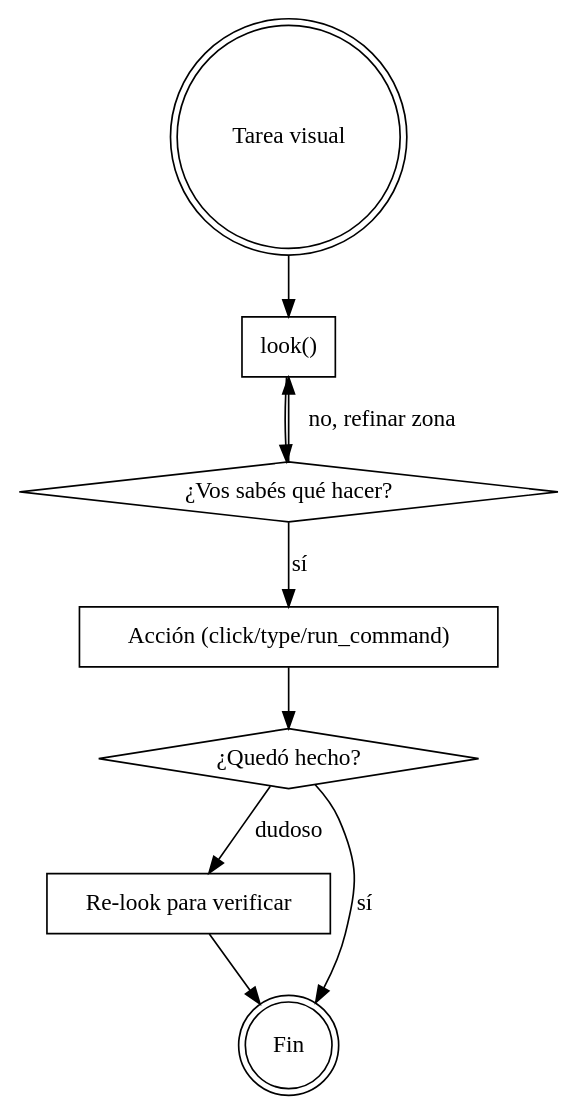
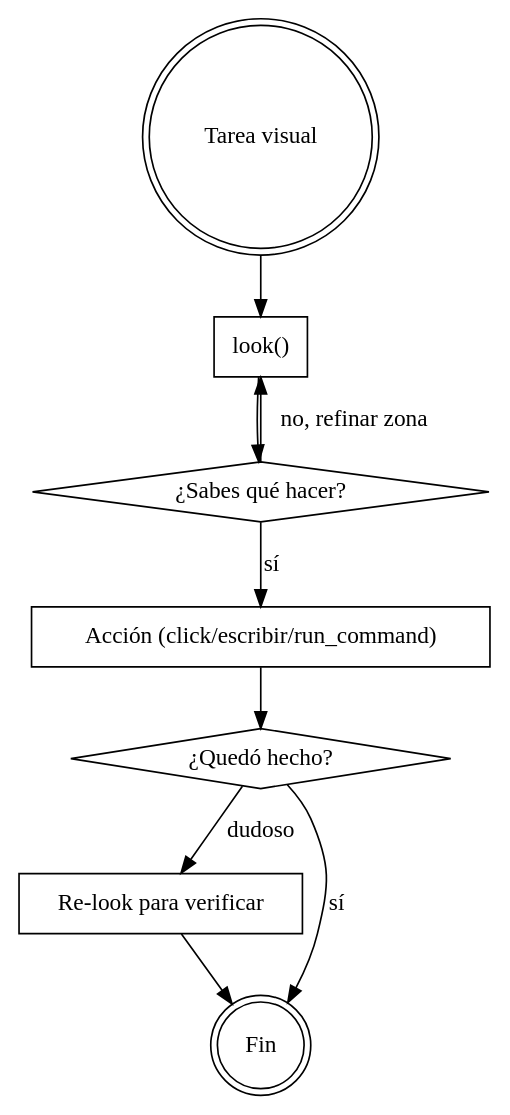
The diagram in SKILL.md (chamilonster/verdesk-skill), drawn with Graphviz before and after one commit. The commit also changed other lines of this file, not shown here.

````diff
--- a/SKILL.md
+++ b/SKILL.md
@@ -26,20 +26,20 @@
 ```dot
 digraph verdesk_flow {
   "Tarea visual" [shape=doublecircle];
   "look()" [shape=box];
-  "¿Vos sabés qué hacer?" [shape=diamond];
-  "Acción (click/type/run_command)" [shape=box];
+  "¿Sabes qué hacer?" [shape=diamond];
+  "Acción (click/escribir/run_command)" [shape=box];
   "¿Quedó hecho?" [shape=diamond];
   "Re-look para verificar" [shape=box];
   "Fin" [shape=doublecircle];
 
   "Tarea visual" -> "look()";
-  "look()" -> "¿Vos sabés qué hacer?";
-  "¿Vos sabés qué hacer?" -> "Acción (click/type/run_command)" [label="sí"];
-  "¿Vos sabés qué hacer?" -> "look()" [label="no, refinar zona"];
-  "Acción (click/type/run_command)" -> "¿Quedó hecho?";
+  "look()" -> "¿Sabes qué hacer?";
+  "¿Sabes qué hacer?" -> "Acción (click/escribir/run_command)" [label="sí"];
+  "¿Sabes qué hacer?" -> "look()" [label="no, refinar zona"];
+  "Acción (click/escribir/run_command)" -> "¿Quedó hecho?";
   "¿Quedó hecho?" -> "Re-look para verificar" [label="dudoso"];
   "¿Quedó hecho?" -> "Fin" [label="sí"];
   "Re-look para verificar" -> "Fin";
 }
 ```
````
